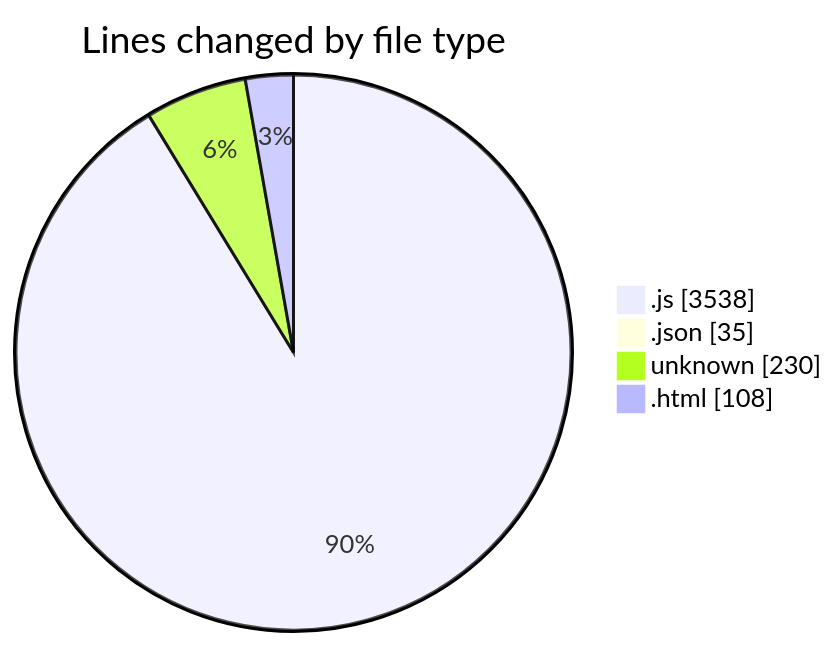
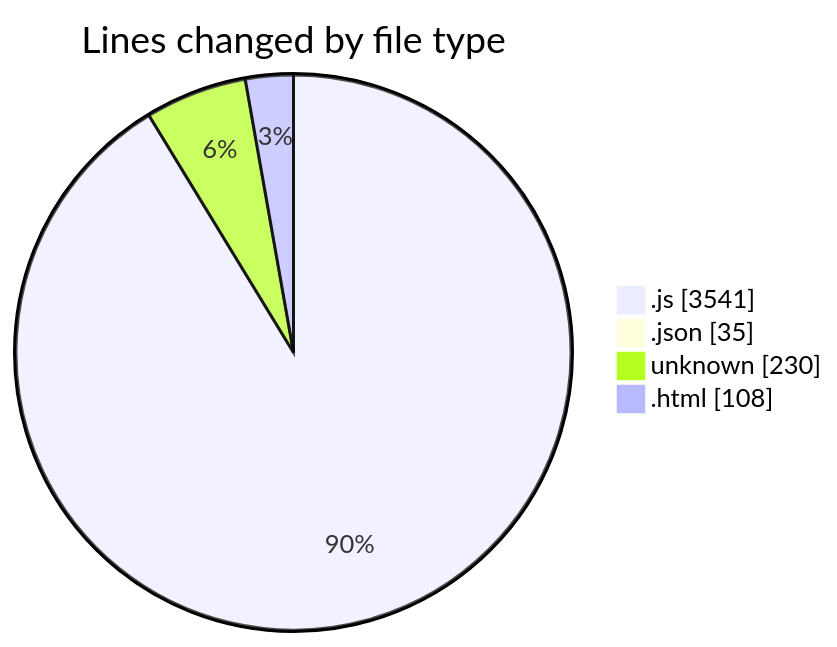
One commit to becaeroporto-bot/code-tracking changed the first of 2 diagrams in 2026-02-20/bot_i_a/README.md. Above: the diagram before and after it, drawn with Mermaid. The commit also changed other lines of this file and 1 other file, not shown here.

````diff
--- a/2026-02-20/bot_i_a/README.md
+++ b/2026-02-20/bot_i_a/README.md
@@ -44,8 +44,8 @@
 ```mermaid
 pie showData
 title Lines changed by file type
-".js" : 3538
+".js" : 3541
 ".json" : 35
 "unknown" : 230
 ".html" : 108
 ```
````
